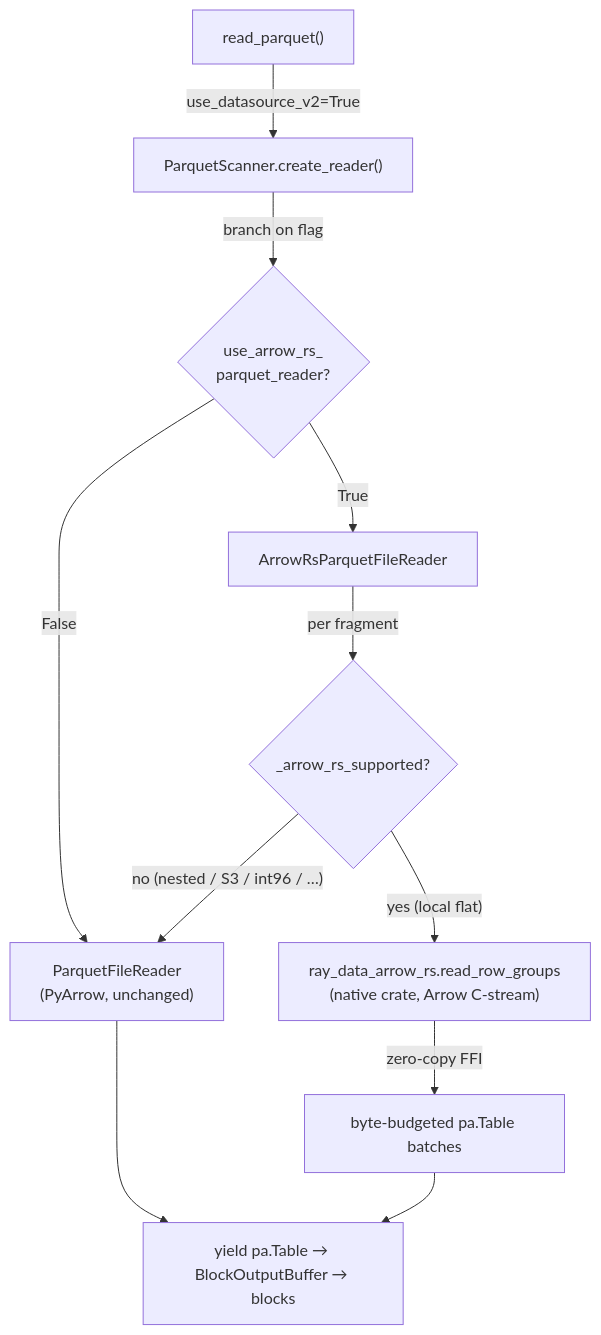
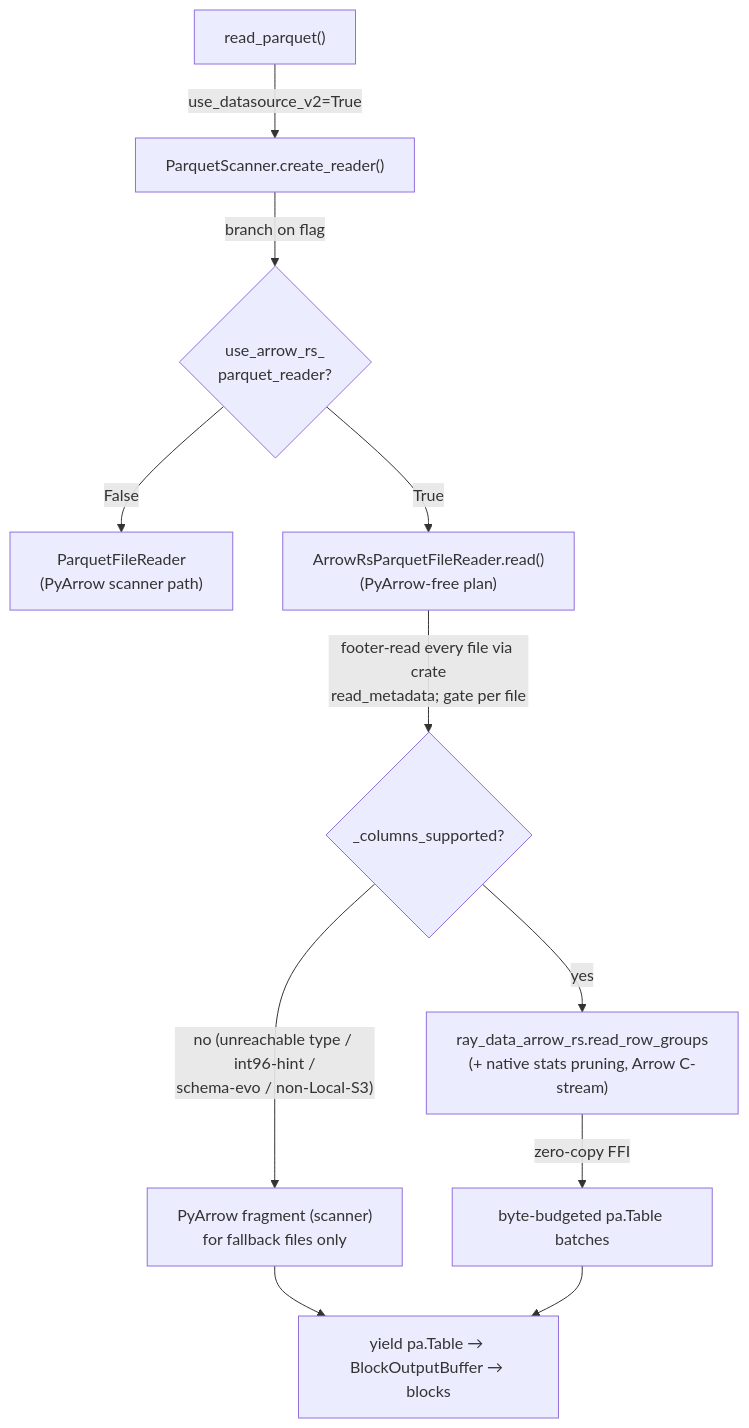
One commit to AarryaSaraf/ray changed the first of 4 diagrams in python/ray/data/Agents.md. Above: the diagram before and after it, drawn with Mermaid. The commit also changed other lines of this file and 27 other files, not shown here.

First line of the commit message:
[Data] arrow-rs: commit full memory-benchmark suite + native crate source + Linux setup script

````diff
--- a/python/ray/data/Agents.md
+++ b/python/ray/data/Agents.md
@@ -117,13 +139,13 @@
 ```mermaid
 flowchart TD
     RP["read_parquet()"] -->|"use_datasource_v2=True"| SC["ParquetScanner.create_reader()"]
     SC -->|"branch on flag"| SW{"use_arrow_rs_<br/>parquet_reader?"}
-    SW -->|"False"| PA["ParquetFileReader<br/>(PyArrow, unchanged)"]
-    SW -->|"True"| AR["ArrowRsParquetFileReader"]
-    AR -->|"per fragment"| GATE{"_arrow_rs_supported?"}
-    GATE -->|"no (nested / S3 / int96 / …)"| PA
-    GATE -->|"yes (local flat)"| RS["ray_data_arrow_rs.read_row_groups<br/>(native crate, Arrow C-stream)"]
+    SW -->|"False"| PA["ParquetFileReader<br/>(PyArrow scanner path)"]
+    SW -->|"True"| AR["ArrowRsParquetFileReader.read()<br/>(PyArrow-free plan)"]
+    AR -->|"footer-read every file via crate<br/>read_metadata; gate per file"| GATE{"_columns_supported?"}
+    GATE -->|"no (unreachable type / int96-hint /<br/>schema-evo / non-Local-S3)"| PAF["PyArrow fragment (scanner)<br/>for fallback files only"]
+    GATE -->|"yes"| RS["ray_data_arrow_rs.read_row_groups<br/>(+ native stats pruning, Arrow C-stream)"]
     RS -->|"zero-copy FFI"| TB["byte-budgeted pa.Table batches"]
-    PA --> OUT["yield pa.Table → BlockOutputBuffer → blocks"]
+    PAF --> OUT["yield pa.Table → BlockOutputBuffer → blocks"]
     TB --> OUT
 ```
````
